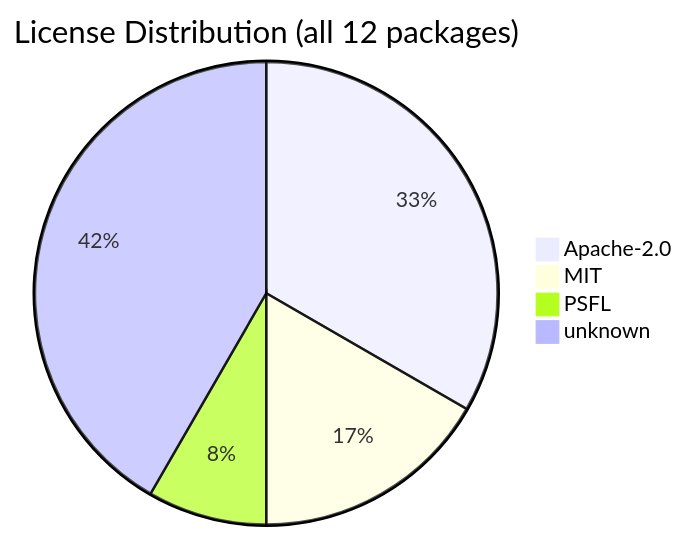
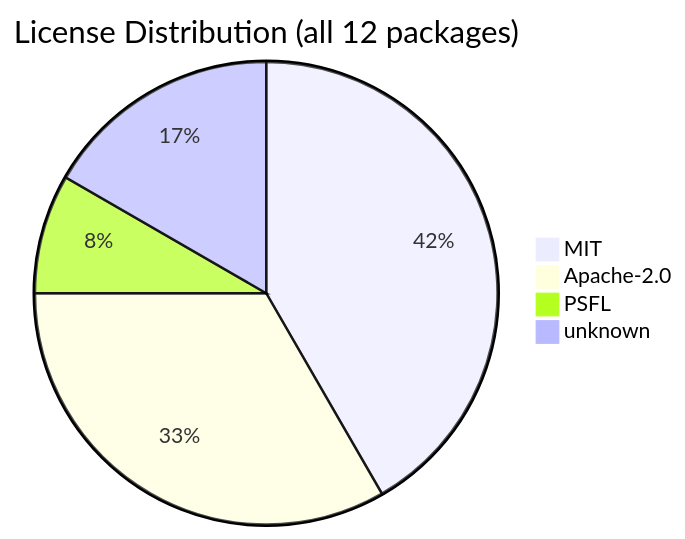
The diagram in .shipwright/compliance/sbom.md (svenroth-ai/shipwright), drawn with Mermaid before and after one commit. The commit also changed other lines of this file and 7 other files, not shown here.

First line of the commit message:
chore(compliance): regenerate committed manifest to schema v4

````diff
--- a/.shipwright/compliance/sbom.md
+++ b/.shipwright/compliance/sbom.md
@@ -20,7 +20,7 @@
 ```mermaid
 pie title License Distribution (all 12 packages)
+    "MIT" : 5
     "Apache-2.0" : 4
-    "MIT" : 2
     "PSFL" : 1
-    "unknown" : 5
+    "unknown" : 2
 ```
````
